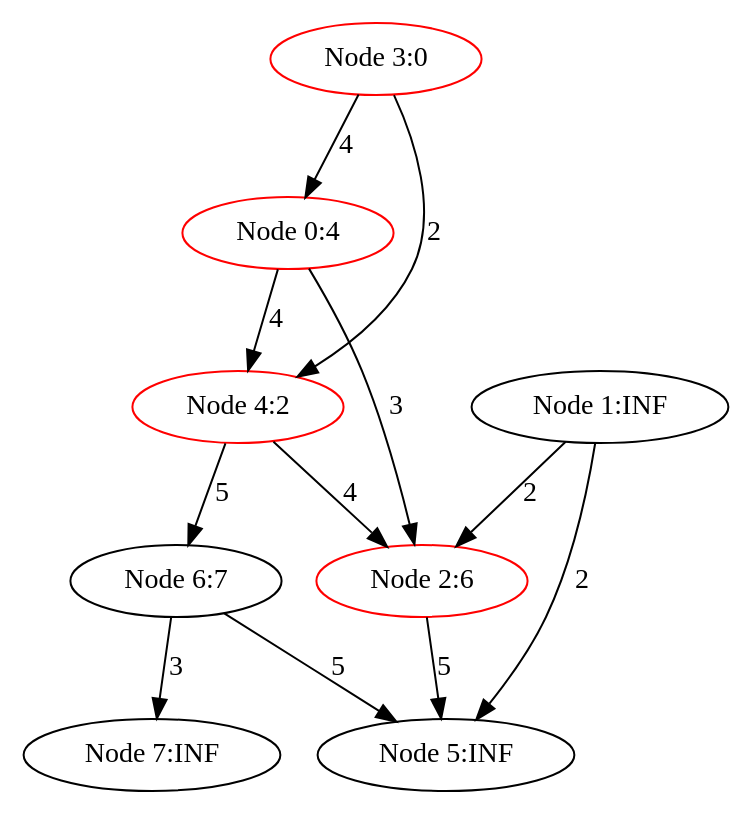
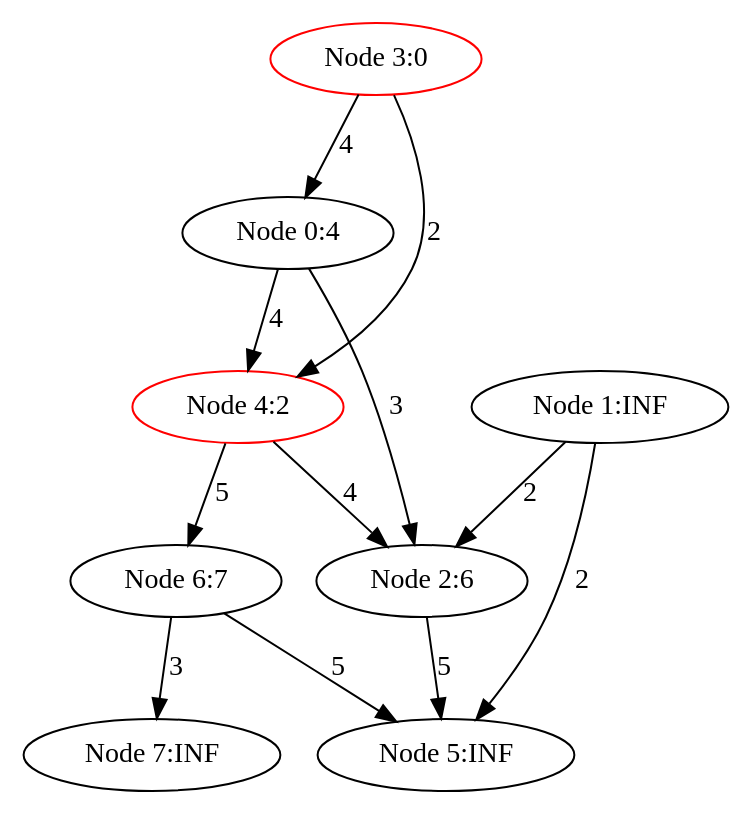
Before and after one commit to sheisc/COMP9024: the diagram in Graphs/Dijkstra/images/DijkstraDirected_0004.dot, drawn with Graphviz. The commit also changed 44 other files, not shown here.

Commit message:
Upate Graphs/Dijkstra

```diff
--- a/Graphs/Dijkstra/images/DijkstraDirected_0004.dot
+++ b/Graphs/Dijkstra/images/DijkstraDirected_0004.dot
@@ -1,21 +1,21 @@
 digraph DijkstraDirected {
 "Node 0:4" -> {"Node 2:6"} [label="3"]
 "Node 0:4" -> {"Node 4:2"} [label="4"]
 "Node 1:INF" -> {"Node 2:6"} [label="2"]
 "Node 1:INF" -> {"Node 5:INF"} [label="2"]
 "Node 2:6" -> {"Node 5:INF"} [label="5"]
 "Node 3:0" -> {"Node 0:4"} [label="4"]
 "Node 3:0" -> {"Node 4:2"} [label="2"]
 "Node 4:2" -> {"Node 2:6"} [label="4"]
 "Node 4:2" -> {"Node 6:7"} [label="5"]
 "Node 6:7" -> {"Node 5:INF"} [label="5"]
 "Node 6:7" -> {"Node 7:INF"} [label="3"]
-"Node 0:4" [color=red]
+"Node 0:4"
 "Node 1:INF"
-"Node 2:6" [color=red]
+"Node 2:6"
 "Node 3:0" [color=red]
 "Node 4:2" [color=red]
 "Node 5:INF"
 "Node 6:7"
 "Node 7:INF"
 }
```
